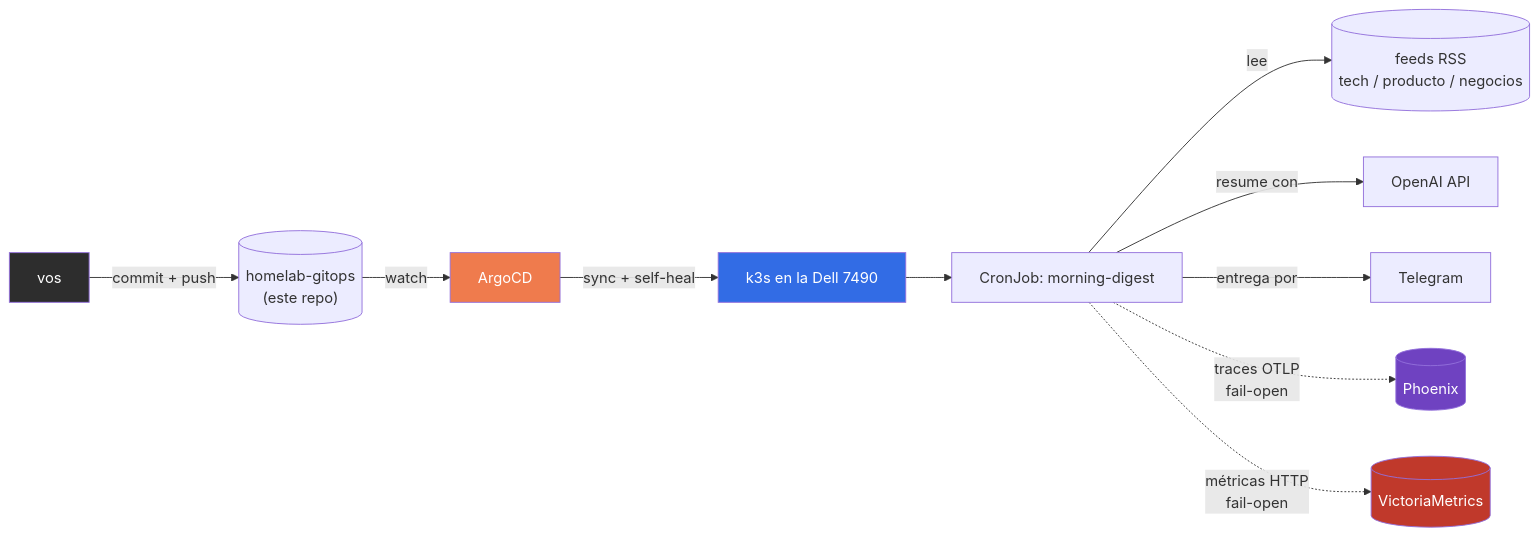
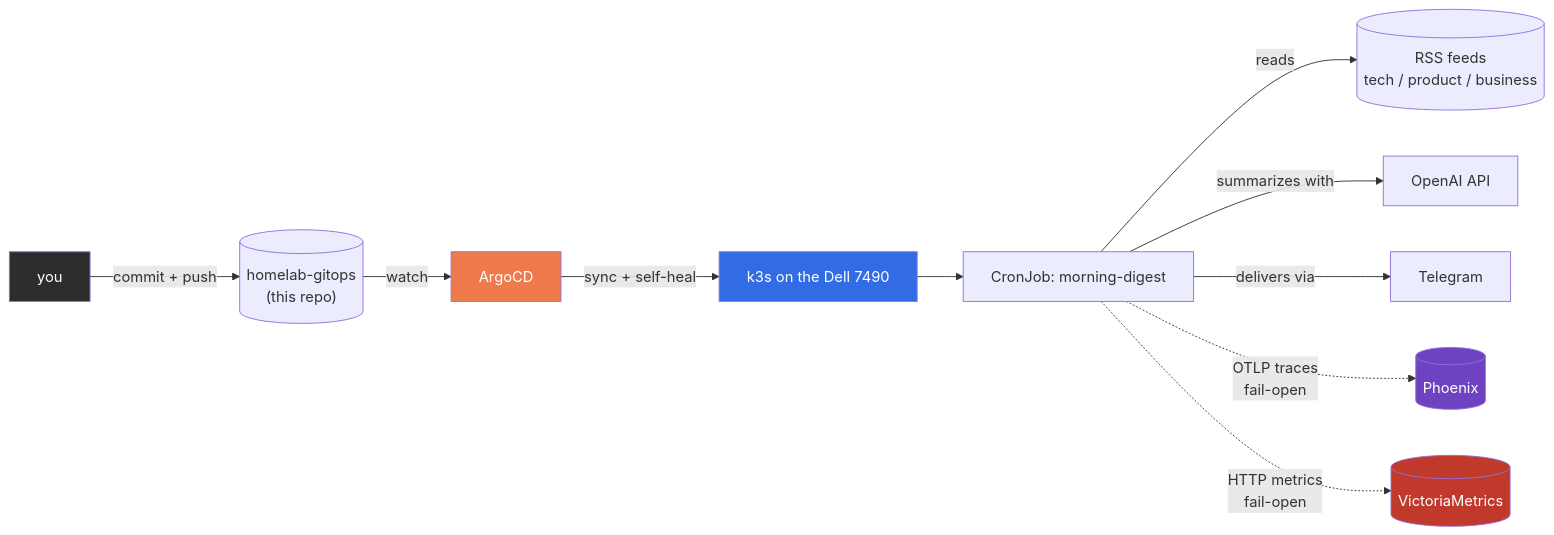
The first of 2 diagrams in README.md (julianalvarez95/homelab-gitops), drawn with Mermaid before and after one commit. The commit also changed other lines of this file, not shown here.

````diff
--- a/README.md
+++ b/README.md
@@ -21,18 +21,18 @@
 ```mermaid
 flowchart LR
-    Dev["vos"] -->|commit + push| Repo[("homelab-gitops\n(este repo)")]
+    Dev["you"] -->|commit + push| Repo[("homelab-gitops\n(this repo)")]
     Repo -->|watch| ArgoCD
-    ArgoCD -->|sync + self-heal| K3s["k3s en la Dell 7490"]
+    ArgoCD -->|sync + self-heal| K3s["k3s on the Dell 7490"]
     K3s --> Cron["CronJob: morning-digest"]
-    Cron -->|lee| RSS[("feeds RSS\ntech / producto / negocios")]
-    Cron -->|resume con| LLM["OpenAI API"]
-    Cron -->|entrega por| TG["Telegram"]
-    Cron -.->|traces OTLP\nfail-open| Phoenix[("Phoenix")]
-    Cron -.->|métricas HTTP\nfail-open| VM[("VictoriaMetrics")]
+    Cron -->|reads| RSS[("RSS feeds\ntech / product / business")]
+    Cron -->|summarizes with| LLM["OpenAI API"]
+    Cron -->|delivers via| TG["Telegram"]
+    Cron -.->|OTLP traces\nfail-open| Phoenix[("Phoenix")]
+    Cron -.->|HTTP metrics\nfail-open| VM[("VictoriaMetrics")]
 
     style Dev fill:#2d2d2d,color:#fff
     style ArgoCD fill:#ef7b4d,color:#fff
     style K3s fill:#326ce5,color:#fff
     style Phoenix fill:#6f42c1,color:#fff
     style VM fill:#c0392b,color:#fff
 ```
````
